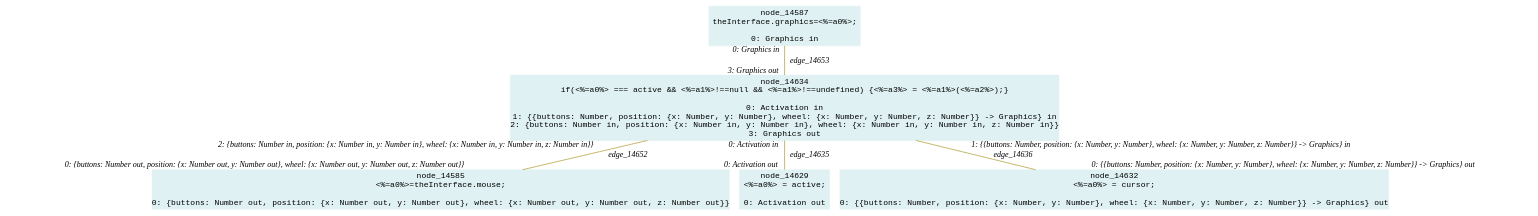
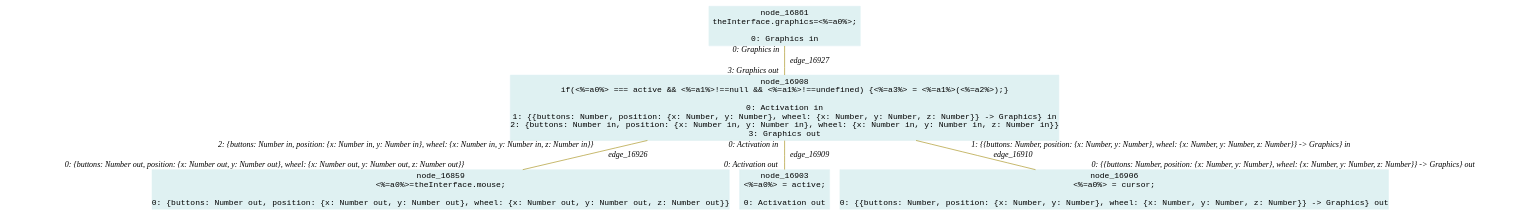
The diagram in lidl-core/example/ok/uiEmptyWithCursor/dot/48createDataFlowDirection16.dot (crubier/lidl), drawn with Graphviz before and after one commit. The commit also changed 611 other files, not shown here.

```diff
--- a/lidl-core/example/ok/uiEmptyWithCursor/dot/48createDataFlowDirection16.dot
+++ b/lidl-core/example/ok/uiEmptyWithCursor/dot/48createDataFlowDirection16.dot
@@ -1,28 +1,28 @@
-digraph g{node_14585 [shape="box", style="filled", color="#dff1f2", fontname="Courier", label="node_14585
+digraph g{node_16859 [shape="box", style="filled", color="#dff1f2", fontname="Courier", label="node_16859
 <%=a0%>=theInterface.mouse;
 
 0: {buttons: Number out, position: {x: Number out, y: Number out}, wheel: {x: Number out, y: Number out, z: Number out}}" ]
-node_14587 [shape="box", style="filled", color="#dff1f2", fontname="Courier", label="node_14587
+node_16861 [shape="box", style="filled", color="#dff1f2", fontname="Courier", label="node_16861
 theInterface.graphics=<%=a0%>;
 
 0: Graphics in" ]
-node_14629 [shape="box", style="filled", color="#dff1f2", fontname="Courier", label="node_14629
+node_16903 [shape="box", style="filled", color="#dff1f2", fontname="Courier", label="node_16903
 <%=a0%> = active;
 
 0: Activation out" ]
-node_14632 [shape="box", style="filled", color="#dff1f2", fontname="Courier", label="node_14632
+node_16906 [shape="box", style="filled", color="#dff1f2", fontname="Courier", label="node_16906
 <%=a0%> = cursor;
 
 0: {{buttons: Number, position: {x: Number, y: Number}, wheel: {x: Number, y: Number, z: Number}} -> Graphics} out" ]
-node_14634 [shape="box", style="filled", color="#dff1f2", fontname="Courier", label="node_14634
+node_16908 [shape="box", style="filled", color="#dff1f2", fontname="Courier", label="node_16908
 if(<%=a0%> === active && <%=a1%>!==null && <%=a1%>!==undefined) {<%=a3%> = <%=a1%>(<%=a2%>);}
 
 0: Activation in
 1: {{buttons: Number, position: {x: Number, y: Number}, wheel: {x: Number, y: Number, z: Number}} -> Graphics} in
 2: {buttons: Number in, position: {x: Number in, y: Number in}, wheel: {x: Number in, y: Number in, z: Number in}}
 3: Graphics out" ]
-node_14634 -> node_14629 [dir=none, arrowHead=none, fontname="Times-Italic", arrowsize=1, color="#9d8400", label="edge_14635",  headlabel="0: Activation out", taillabel="0: Activation in" ]
-node_14634 -> node_14632 [dir=none, arrowHead=none, fontname="Times-Italic", arrowsize=1, color="#9d8400", label="edge_14636",  headlabel="0: {{buttons: Number, position: {x: Number, y: Number}, wheel: {x: Number, y: Number, z: Number}} -> Graphics} out", taillabel="1: {{buttons: Number, position: {x: Number, y: Number}, wheel: {x: Number, y: Number, z: Number}} -> Graphics} in" ]
-node_14634 -> node_14585 [dir=none, arrowHead=none, fontname="Times-Italic", arrowsize=1, color="#9d8400", label="edge_14652",  headlabel="0: {buttons: Number out, position: {x: Number out, y: Number out}, wheel: {x: Number out, y: Number out, z: Number out}}", taillabel="2: {buttons: Number in, position: {x: Number in, y: Number in}, wheel: {x: Number in, y: Number in, z: Number in}}" ]
-node_14587 -> node_14634 [dir=none, arrowHead=none, fontname="Times-Italic", arrowsize=1, color="#9d8400", label="edge_14653",  headlabel="3: Graphics out", taillabel="0: Graphics in" ]
+node_16908 -> node_16903 [dir=none, arrowHead=none, fontname="Times-Italic", arrowsize=1, color="#9d8400", label="edge_16909",  headlabel="0: Activation out", taillabel="0: Activation in" ]
+node_16908 -> node_16906 [dir=none, arrowHead=none, fontname="Times-Italic", arrowsize=1, color="#9d8400", label="edge_16910",  headlabel="0: {{buttons: Number, position: {x: Number, y: Number}, wheel: {x: Number, y: Number, z: Number}} -> Graphics} out", taillabel="1: {{buttons: Number, position: {x: Number, y: Number}, wheel: {x: Number, y: Number, z: Number}} -> Graphics} in" ]
+node_16908 -> node_16859 [dir=none, arrowHead=none, fontname="Times-Italic", arrowsize=1, color="#9d8400", label="edge_16926",  headlabel="0: {buttons: Number out, position: {x: Number out, y: Number out}, wheel: {x: Number out, y: Number out, z: Number out}}", taillabel="2: {buttons: Number in, position: {x: Number in, y: Number in}, wheel: {x: Number in, y: Number in, z: Number in}}" ]
+node_16861 -> node_16908 [dir=none, arrowHead=none, fontname="Times-Italic", arrowsize=1, color="#9d8400", label="edge_16927",  headlabel="3: Graphics out", taillabel="0: Graphics in" ]
 }
```
